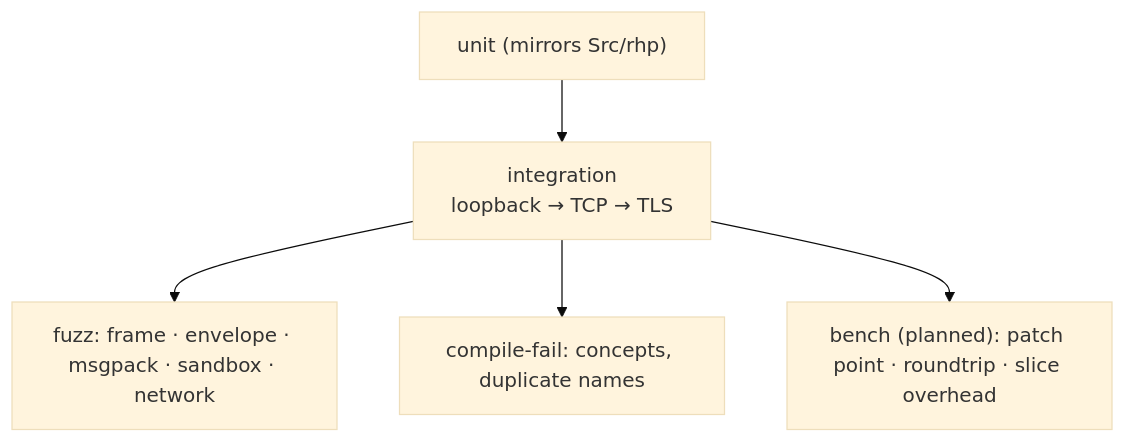
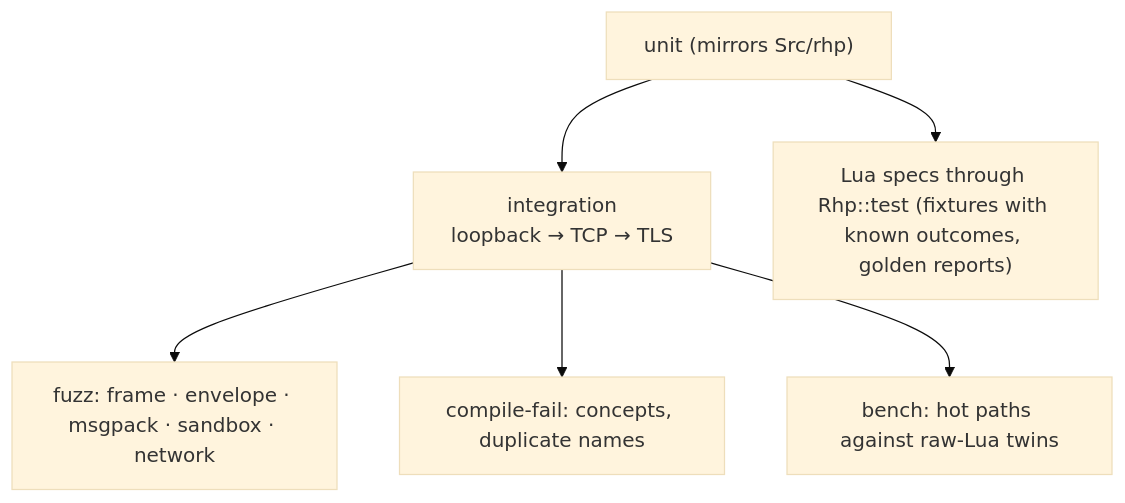
One commit to tonytranrp/RHP changed diagram 13 of 14 in Docs/ARCHITECTURE.md. Above: the diagram before and after it, drawn with Mermaid (base theme). The commit also changed other lines of this file and 54 other files, not shown here.

````diff
--- a/Docs/ARCHITECTURE.md
+++ b/Docs/ARCHITECTURE.md
@@ -907,7 +916,8 @@
 ```mermaid
 flowchart TB
     U["unit (mirrors Src/rhp)"] --> I["integration<br/>loopback → TCP → TLS"]
     I --> F["fuzz: frame · envelope · msgpack · sandbox · network"]
     I --> CF["compile-fail: concepts, duplicate names"]
-    I --> B["bench (planned): patch point · roundtrip · slice overhead"]
+    I --> B["bench: hot paths against raw-Lua twins"]
+    U --> L["Lua specs through Rhp::test (fixtures with known outcomes, golden reports)"]
 ```
````
